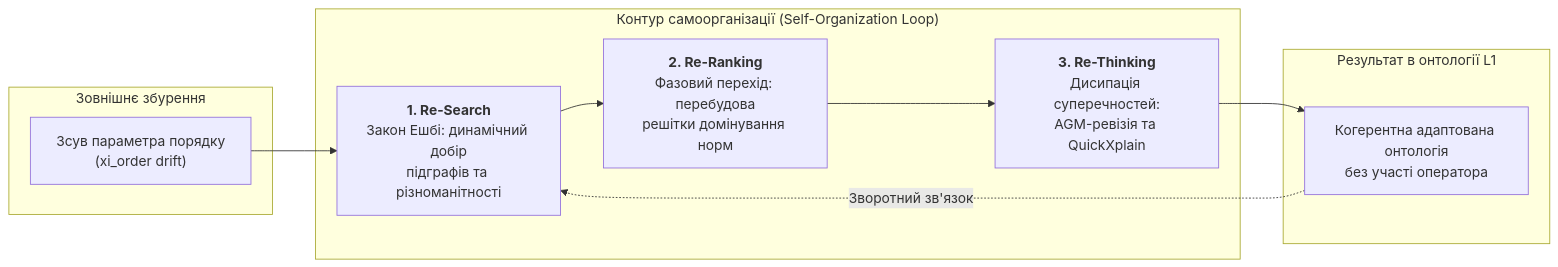
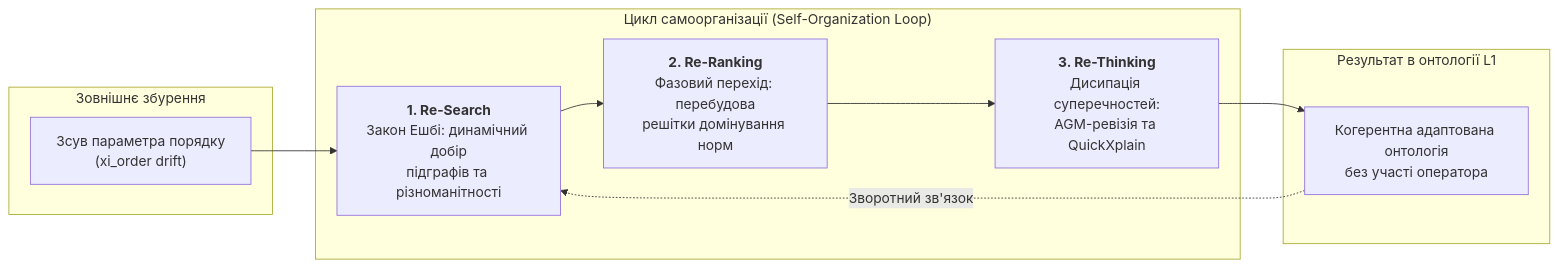
One commit to nick-fedchik/articles changed the fifth of 6 diagrams in ExpertSystem/ch35-self-organizing-expert-systems-synergetics-and-npu-runtime.md. Above: the diagram before and after it, drawn with Mermaid. The commit also changed other lines of this file and 27 other files, not shown here.

````diff
--- a/ExpertSystem/ch35-self-organizing-expert-systems-synergetics-and-npu-runtime.md
+++ b/ExpertSystem/ch35-self-organizing-expert-systems-synergetics-and-npu-runtime.md
@@ -194,22 +194,22 @@
 ```mermaid
 flowchart LR
     subgraph "Зовнішнє збурення"
         P["Зсув параметра порядку<br/>(xi_order drift)"]
     end
 
-    subgraph "Контур самоорганізації (Self-Organization Loop)"
+    subgraph "Цикл самоорганізації (Self-Organization Loop)"
         RS["<b>1. Re-Search</b><br/>Закон Ешбі: динамічний добір<br/>підграфів та різноманітності"]
         RR["<b>2. Re-Ranking</b><br/>Фазовий перехід: перебудова<br/>решітки домінування норм"]
         RT["<b>3. Re-Thinking</b><br/>Дисипація суперечностей:<br/>AGM-ревізія та QuickXplain"]
     end
 
     subgraph "Результат в онтології L1"
         KB["Когерентна адаптована онтологія<br/>без участі оператора"]
     end
 
     P --> RS
     RS --> RR
     RR --> RT
     RT --> KB
     KB -.->|"Зворотний зв'язок"| RS
 ```
````
